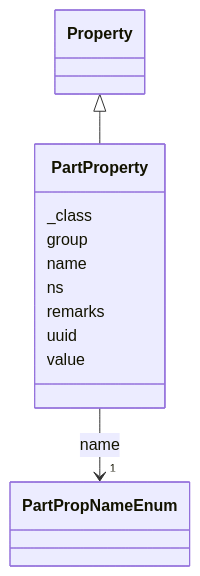
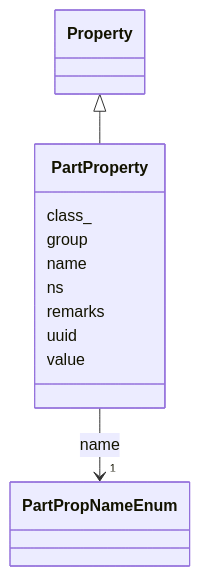
Before and after one commit to lmodel/oscal: the diagram in project/mermaid/PartProperty.md, drawn with Mermaid. The commit also changed 434 other files, not shown here.

Commit message:
fix(schema): stamp the modules for 1.2.3 and regenerate extended outputs

````diff
--- a/project/mermaid/PartProperty.md
+++ b/project/mermaid/PartProperty.md
@@ -4,32 +4,32 @@
 ```mermaid
  classDiagram
     class PartProperty
     click PartProperty href "../PartProperty"
       Property <|-- PartProperty
         click Property href "../Property"
       
-      PartProperty : _class
+      PartProperty : class_
         
       PartProperty : group
         
       PartProperty : name
         
           
     
         
         
         PartProperty --> "1" PartPropNameEnum : name
         click PartPropNameEnum href "../PartPropNameEnum"
     
 
         
       PartProperty : ns
         
       PartProperty : remarks
         
       PartProperty : uuid
         
       PartProperty : value
         
       
 ```
````
